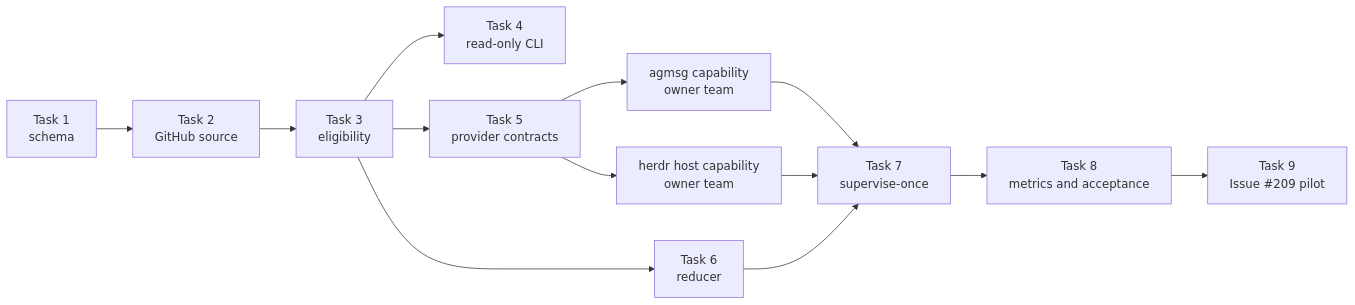
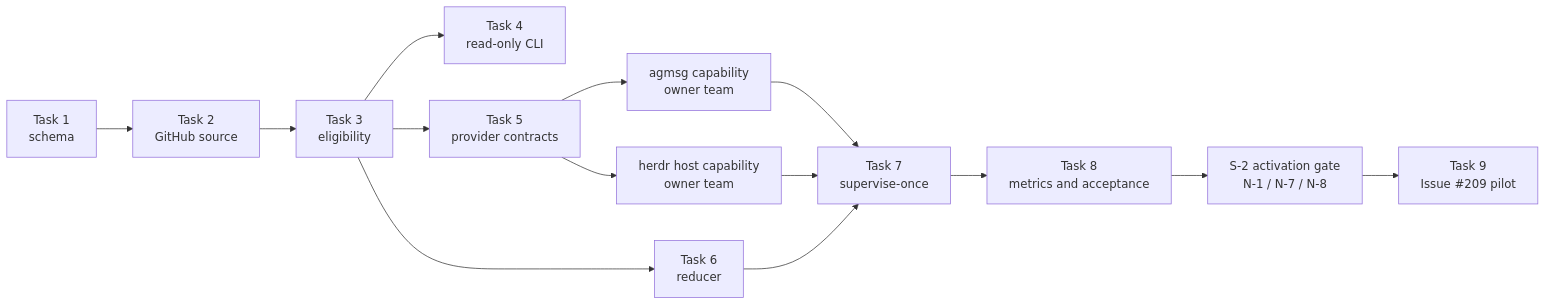
Before and after one commit to kappaseijin/scale2sheet4go: the diagram in docs/superpowers/plans/2026-08-10-goal-loop-implementation.md, drawn with Mermaid. The commit also changed other lines of this file, not shown here.

Commit message:
docs: gate auto-spawn behind claim safety

````diff
--- a/docs/superpowers/plans/2026-08-10-goal-loop-implementation.md
+++ b/docs/superpowers/plans/2026-08-10-goal-loop-implementation.md
@@ -78,15 +83,16 @@
 ```mermaid
 flowchart LR
   A[Task 1<br/>schema] --> B[Task 2<br/>GitHub source]
   B --> C[Task 3<br/>eligibility]
   C --> D[Task 4<br/>read-only CLI]
   C --> E[Task 5<br/>provider contracts]
   E --> F[agmsg capability<br/>owner team]
   E --> G[herdr host capability<br/>owner team]
   C --> H[Task 6<br/>reducer]
   F --> I[Task 7<br/>supervise-once]
   G --> I
   H --> I
   I --> J[Task 8<br/>metrics and acceptance]
-  J --> K[Task 9<br/>Issue #209 pilot]
+  J --> L[S-2 activation gate<br/>N-1 / N-7 / N-8]
+  L --> K[Task 9<br/>Issue #209 pilot]
 ```
````
